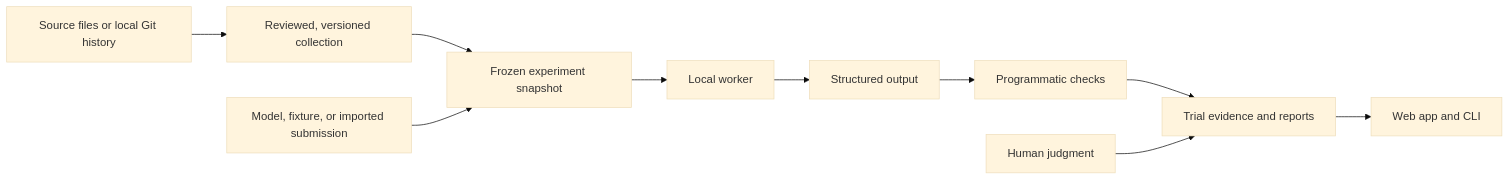
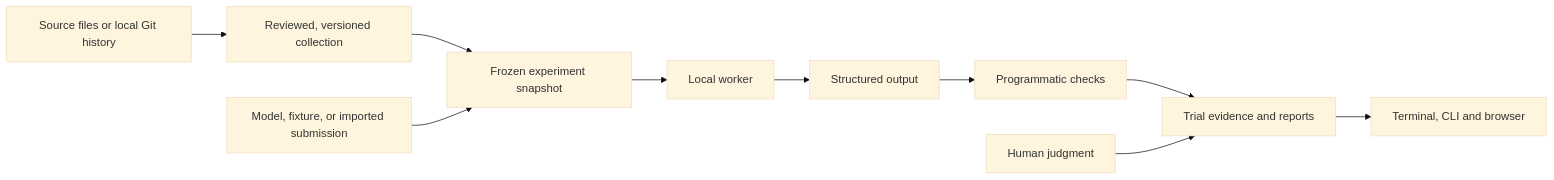
The diagram in docs/ARCHITECTURE.md (sumervaid/everval-ai), drawn with Mermaid (base theme) before and after one commit. The commit also changed other lines of this file and 29 other files, not shown here.

````diff
--- a/docs/ARCHITECTURE.md
+++ b/docs/ARCHITECTURE.md
@@ -9,12 +11,12 @@
 ```mermaid
 flowchart LR
     Sources["Source files or local Git history"] --> Collection["Reviewed, versioned collection"]
     Collection --> Snapshot["Frozen experiment snapshot"]
     Systems["Model, fixture, or imported submission"] --> Snapshot
     Snapshot --> Worker["Local worker"]
     Worker --> Output["Structured output"]
     Output --> Checks["Programmatic checks"]
     Checks --> Evidence["Trial evidence and reports"]
-    Evidence --> App["Web app and CLI"]
+    Evidence --> App["Terminal, CLI and browser"]
     Review["Human judgment"] --> Evidence
 ```
````
